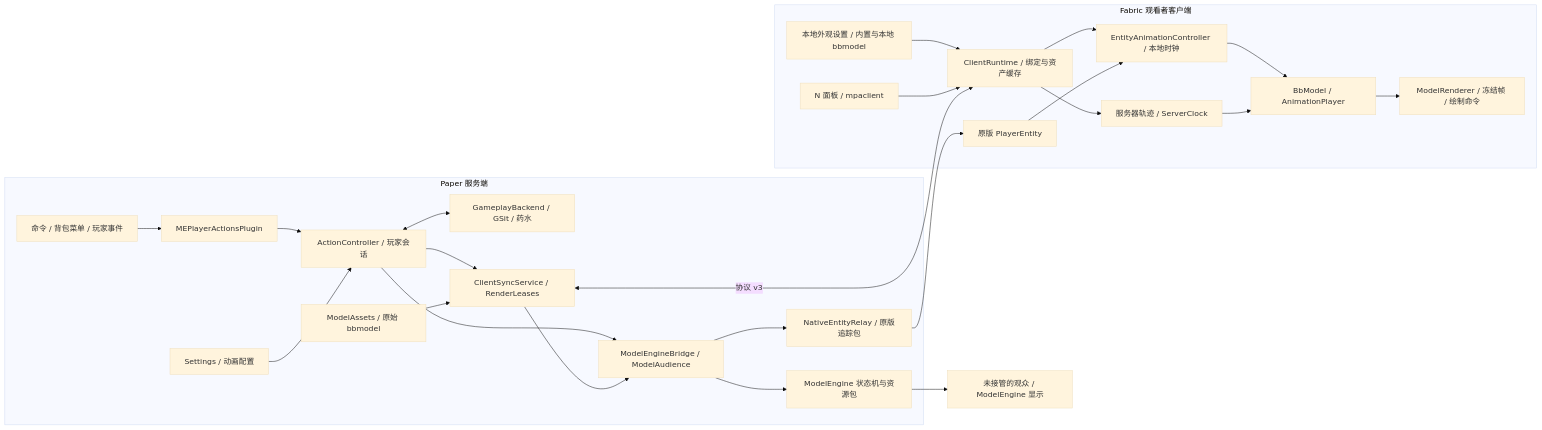
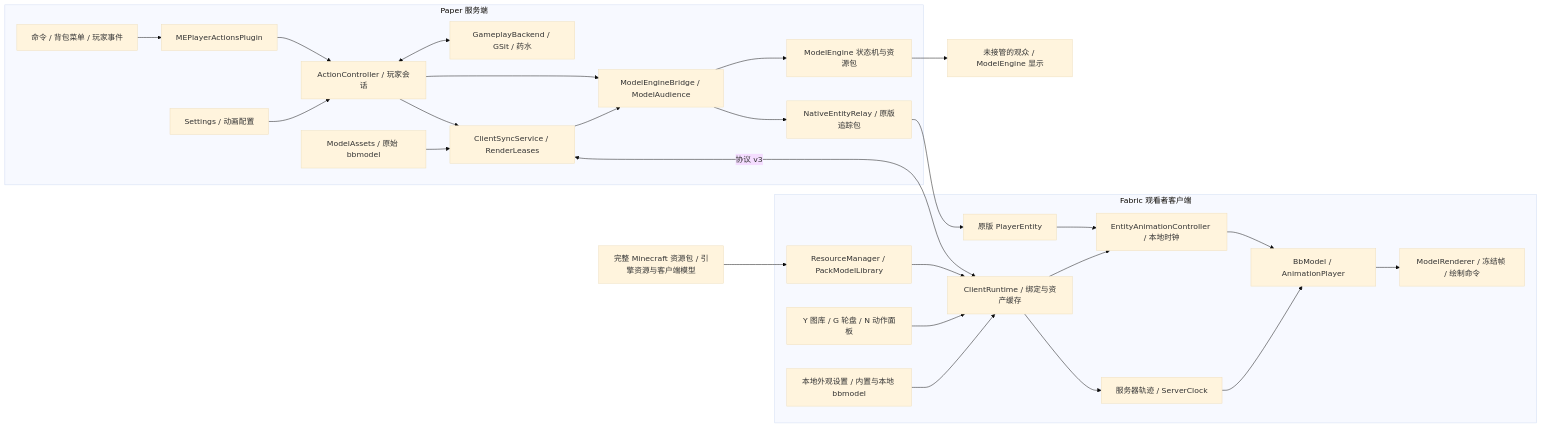
One commit to uwuhhhj/MEPlayerActions changed the first of 2 diagrams in ARCHITECTURE.md. Above: the diagram before and after it, drawn with Mermaid (base theme). The commit also changed other lines of this file and 5 other files, not shown here.

````diff
--- a/ARCHITECTURE.md
+++ b/ARCHITECTURE.md
@@ -35,45 +39,49 @@
 ```mermaid
 flowchart LR
     subgraph S[Paper 服务端]
         Input[命令 / 背包菜单 / 玩家事件]
         Entry[MEPlayerActionsPlugin]
         Settings[Settings / 动画配置]
         Actions[ActionController / 玩家会话]
         Gameplay[GameplayBackend / GSit / 药水]
         Bridge[ModelEngineBridge / ModelAudience]
         Engine[ModelEngine 状态机与资源包]
         Sync[ClientSyncService / RenderLeases]
         Assets[ModelAssets / 原始 bbmodel]
         Relay[NativeEntityRelay / 原版追踪包]
         Input --> Entry --> Actions
         Settings --> Actions
         Actions <--> Gameplay
         Actions --> Bridge --> Engine
         Actions --> Sync
         Sync --> Bridge
         Assets --> Sync
         Bridge --> Relay
     end
     Vanilla[未接管的观众 / ModelEngine 显示]
     Engine --> Vanilla
     subgraph C[Fabric 观看者客户端]
         Runtime[ClientRuntime / 绑定与资产缓存]
         Entity[原版 PlayerEntity]
         Motion[EntityAnimationController / 本地时钟]
         Timeline[服务器轨迹 / ServerClock]
         Model[BbModel / AnimationPlayer]
         Renderer[ModelRenderer / 冻结帧 / 绘制命令]
-        UI[N 面板 / mpaclient]
+        Resources[ResourceManager / PackModelLibrary]
+        UI[Y 图库 / G 轮盘 / N 动作面板]
         Local[本地外观设置 / 内置与本地 bbmodel]
         Runtime --> Motion
+        Resources --> Runtime
         Local --> Runtime
         Entity --> Motion
         Runtime --> Timeline
         Motion --> Model
         Timeline --> Model
         Model --> Renderer
         UI --> Runtime
     end
+    Pack[完整 Minecraft 资源包 / 引擎资源与客户端模型]
+    Pack --> Resources
     Sync <-->|协议 v3| Runtime
     Relay --> Entity
 ```
````
